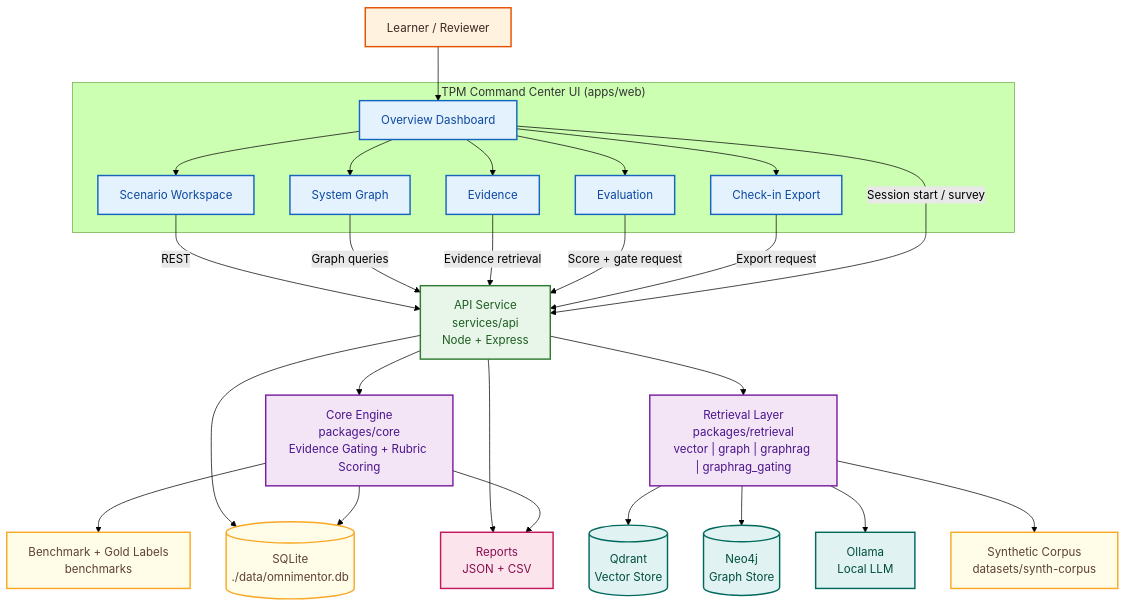
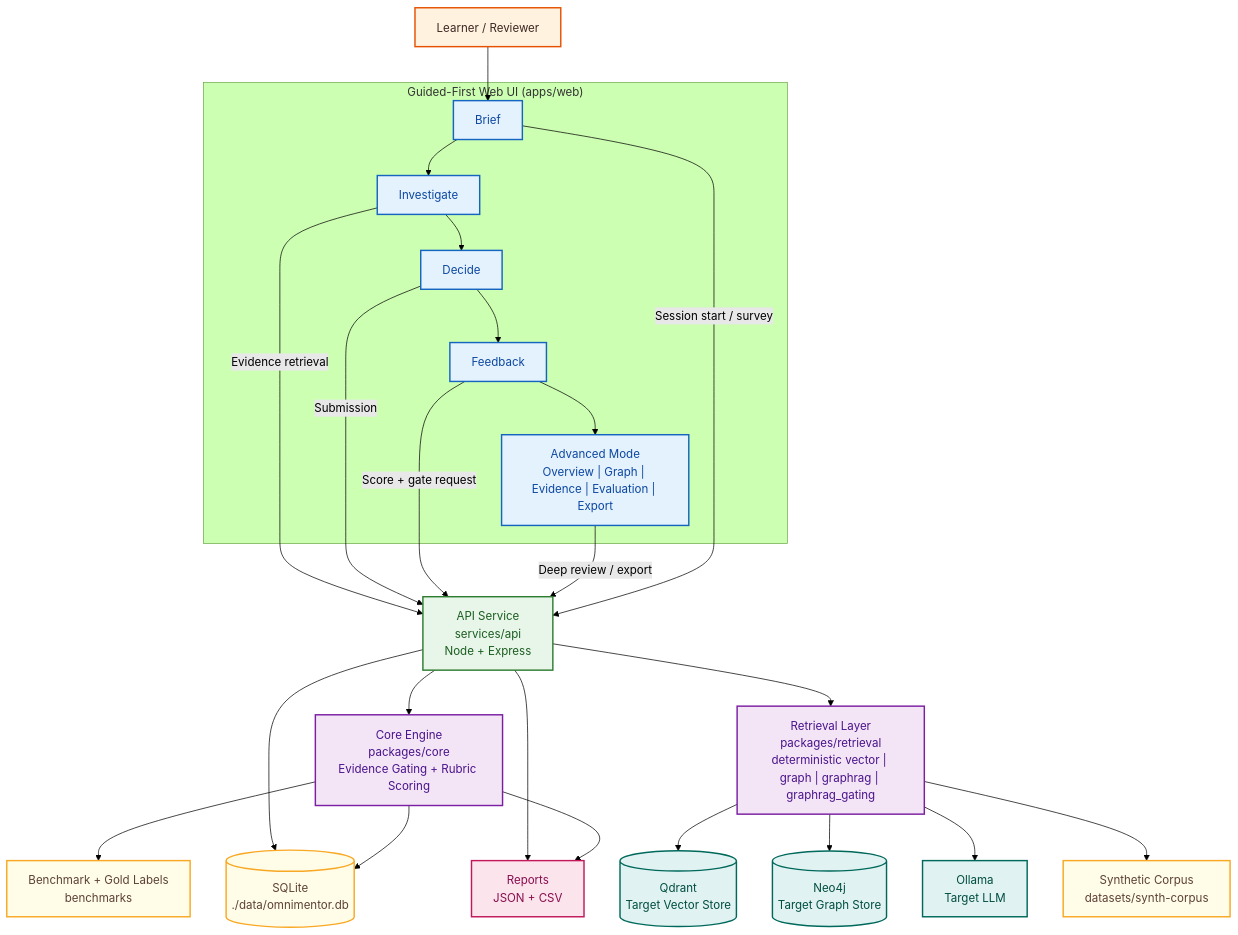
One commit to asharma3084/OmniMentor-Learning-Platform changed the first of 3 diagrams in docs/architecture.md. Above: the diagram before and after it, drawn with Mermaid (forest theme). The commit also changed other lines of this file and 36 other files, not shown here.

Commit message:
Refine guided learning flow and align runtime docs

````diff
--- a/docs/architecture.md
+++ b/docs/architecture.md
@@ -36,76 +41,73 @@
 ```mermaid
 flowchart TB
   %% ---------- User + UI ----------
   U["Learner / Reviewer"]
-  subgraph UI["TPM Command Center UI (apps/web)"]
-    DASH["Overview Dashboard"]
-    WS["Scenario Workspace"]
-    SG["System Graph"]
-    EV["Evidence"]
-    EVAL["Evaluation"]
-    EXP["Check-in Export"]
+  subgraph UI["Guided-First Web UI (apps/web)"]
+    BRIEF["Brief"]
+    INVESTIGATE["Investigate"]
+    DECIDE["Decide"]
+    FEEDBACK["Feedback"]
+    ADV["Advanced Mode\nOverview | Graph | Evidence | Evaluation | Export"]
   end
 
   %% ---------- Services ----------
   A["API Service\nservices/api\nNode + Express"]
   C["Core Engine\npackages/core\nEvidence Gating + Rubric Scoring"]
-  R["Retrieval Layer\npackages/retrieval\nvector | graph | graphrag | graphrag_gating"]
+  R["Retrieval Layer\npackages/retrieval\ndeterministic vector | graph | graphrag | graphrag_gating"]
 
   %% ---------- Infrastructure ----------
-  LLM["Ollama\nLocal LLM"]
-  NEO[("Neo4j\nGraph Store")]
-  QD[("Qdrant\nVector Store")]
+  LLM["Ollama\nTarget LLM"]
+  NEO[("Neo4j\nTarget Graph Store")]
+  QD[("Qdrant\nTarget Vector Store")]
 
   %% ---------- Data ----------
   DB[("SQLite\n./data/omnimentor.db")]
   DS["Synthetic Corpus\ndatasets/synth-corpus"]
   BM["Benchmark + Gold Labels\nbenchmarks"]
 
   %% ---------- Outputs ----------
   REP["Reports\nJSON + CSV"]
 
-  U --> DASH
-  DASH --> WS
-  DASH --> SG
-  DASH --> EV
-  DASH --> EVAL
-  DASH --> EXP
+  U --> BRIEF
+  BRIEF --> INVESTIGATE
+  INVESTIGATE --> DECIDE
+  DECIDE --> FEEDBACK
+  FEEDBACK --> ADV
 
-  WS -->|REST| A
-  SG -->|Graph queries| A
-  EV -->|Evidence retrieval| A
-  EVAL -->|Score + gate request| A
-  EXP -->|Export request| A
-  DASH -->|Session start / survey| A
+  INVESTIGATE -->|Evidence retrieval| A
+  DECIDE -->|Submission| A
+  FEEDBACK -->|Score + gate request| A
+  ADV -->|Deep review / export| A
+  BRIEF -->|Session start / survey| A
 
   A --> C
   A --> R
   A --> DB
 
   R --> QD
   R --> NEO
   R --> LLM
   R --> DS
   C --> BM
   C --> DB
 
   A --> REP
   C --> REP
 
   %% ---------- Class styling ----------
   classDef client fill:#FFF3E0,stroke:#E65100,color:#3E2723,stroke-width:2px;
   classDef ui fill:#E3F2FD,stroke:#1565C0,color:#0D47A1,stroke-width:2px;
   classDef api fill:#E8F5E9,stroke:#2E7D32,color:#1B5E20,stroke-width:2px;
   classDef core fill:#F3E5F5,stroke:#7B1FA2,color:#4A148C,stroke-width:2px;
   classDef data fill:#FFFDE7,stroke:#F9A825,color:#5D4037,stroke-width:2px;
   classDef output fill:#FCE4EC,stroke:#C2185B,color:#880E4F,stroke-width:2px;
   classDef infra fill:#E0F2F1,stroke:#00695C,color:#004D40,stroke-width:2px;
 
   class U client;
-  class DASH,WS,SG,EV,EVAL,EXP ui;
+  class BRIEF,INVESTIGATE,DECIDE,FEEDBACK,ADV ui;
   class A api;
   class C,R core;
   class DB,DS,BM data;
   class QD,NEO,LLM infra;
   class REP output;
 ```
````
